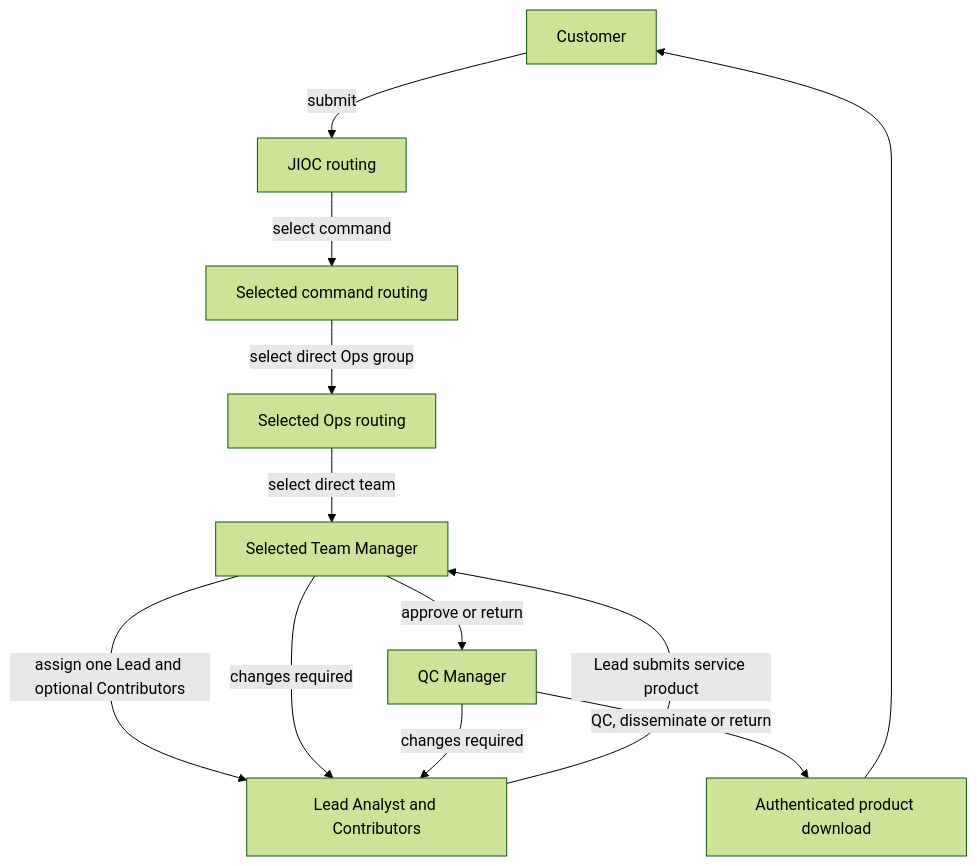
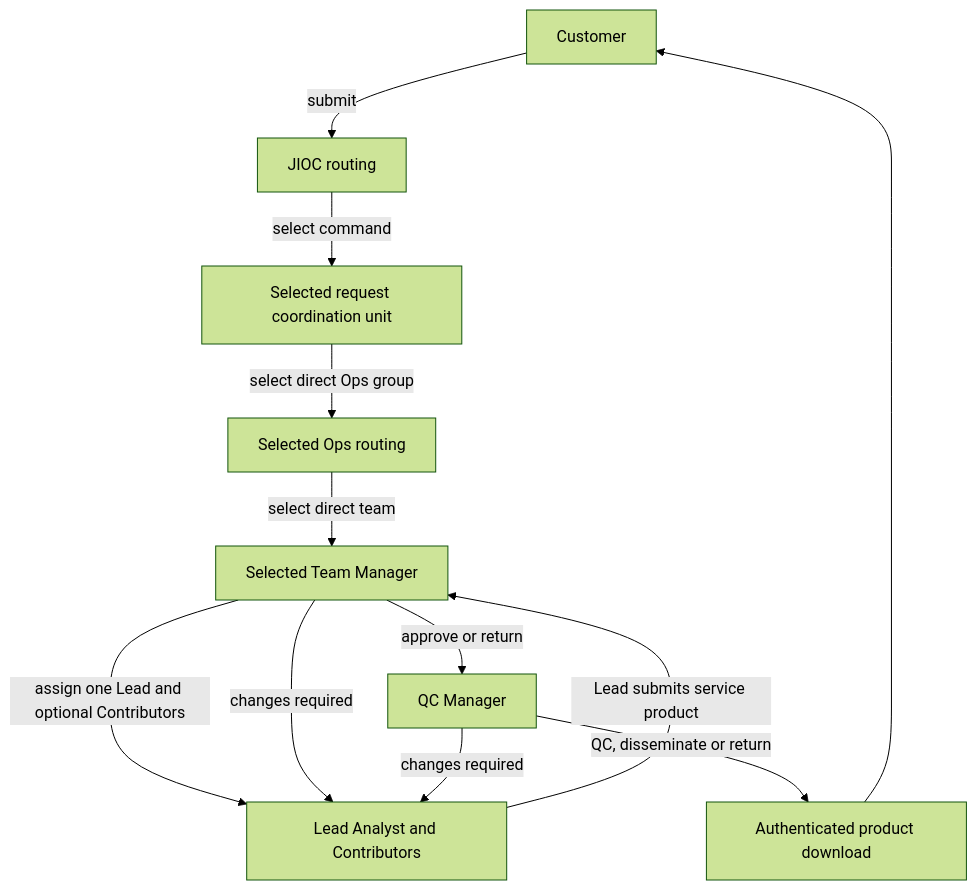
Before and after one commit to ShabalalaWATP/Reon: the diagram in docs/architecture/ORGANISATION_AND_ROUTING.md, drawn with Mermaid (forest theme). The commit also changed other lines of this file and 41 other files, not shown here.

````diff
--- a/docs/architecture/ORGANISATION_AND_ROUTING.md
+++ b/docs/architecture/ORGANISATION_AND_ROUTING.md
@@ -9,23 +9,23 @@
 ```mermaid
 flowchart TD
   Customer["Customer"]
   JIOC["JIOC routing"]
-  Command["Selected command routing"]
+  Command["Selected request coordination unit"]
   Ops["Selected Ops routing"]
   Manager["Selected Team Manager"]
   Analysts["Lead Analyst and Contributors"]
   QC["QC Manager"]
   Link["Authenticated product download"]
 
   Customer -->|"submit"| JIOC
   JIOC -->|"select command"| Command
   Command -->|"select direct Ops group"| Ops
   Ops -->|"select direct team"| Manager
   Manager -->|"assign one Lead and optional Contributors"| Analysts
   Analysts -->|"Lead submits service product"| Manager
   Manager -->|"approve or return"| QC
   QC -->|"QC, disseminate or return"| Link
   Link --> Customer
   Manager -->|"changes required"| Analysts
   QC -->|"changes required"| Analysts
 ```
````
